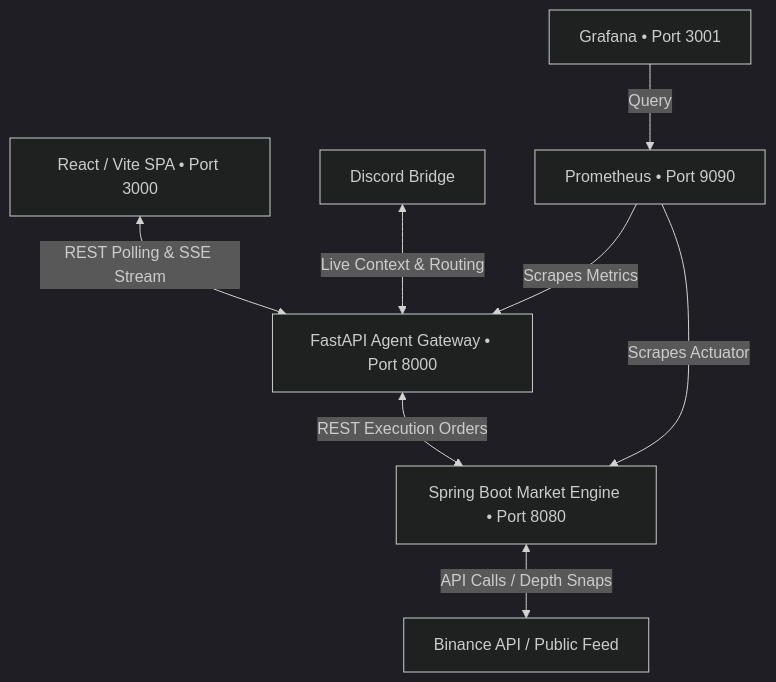
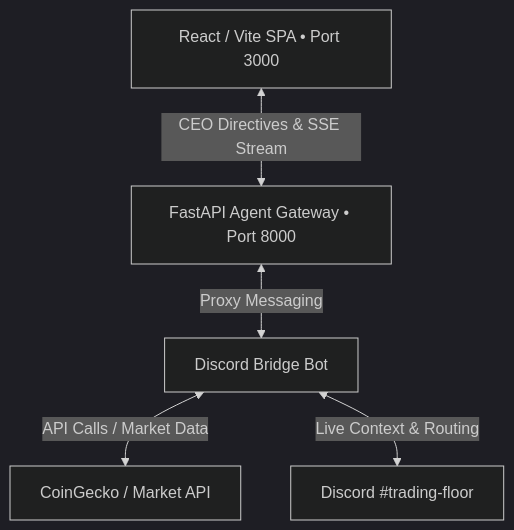
One commit to Servation/ottr-hft-quant-cockpit changed the diagram in README.md. Above: the diagram before and after it, drawn with Mermaid (dark theme). The commit also changed other lines of this file and 29 other files, not shown here.

Commit message:
Refactor UI to flat design, prune orphaned API endpoints, integrate CEO Discord proxy

````diff
--- a/README.md
+++ b/README.md
@@ -9,11 +9,7 @@
 ```mermaid
 graph TD
-    UI[React / Vite SPA • Port 3000] <-->|REST Polling & SSE Stream| PY[FastAPI Agent Gateway • Port 8000]
-    PY <-->|REST Execution Orders| JV[Spring Boot Market Engine • Port 8080]
-    JV <-->|API Calls / Depth Snaps| BN[Binance API / Public Feed]
-    DB[Discord Bridge] <-->|Live Context & Routing| PY
-    
-    PROM[Prometheus • Port 9090] -->|Scrapes Metrics| PY
-    PROM -->|Scrapes Actuator| JV
-    GRAF[Grafana • Port 3001] -->|Query| PROM
+    UI[React / Vite SPA • Port 3000] <-->|CEO Directives & SSE Stream| PY[FastAPI Agent Gateway • Port 8000]
+    PY <-->|Proxy Messaging| DB[Discord Bridge Bot]
+    DB <-->|API Calls / Market Data| CG[CoinGecko / Market API]
+    DB <-->|Live Context & Routing| DIS[Discord #trading-floor]
 ```
````
